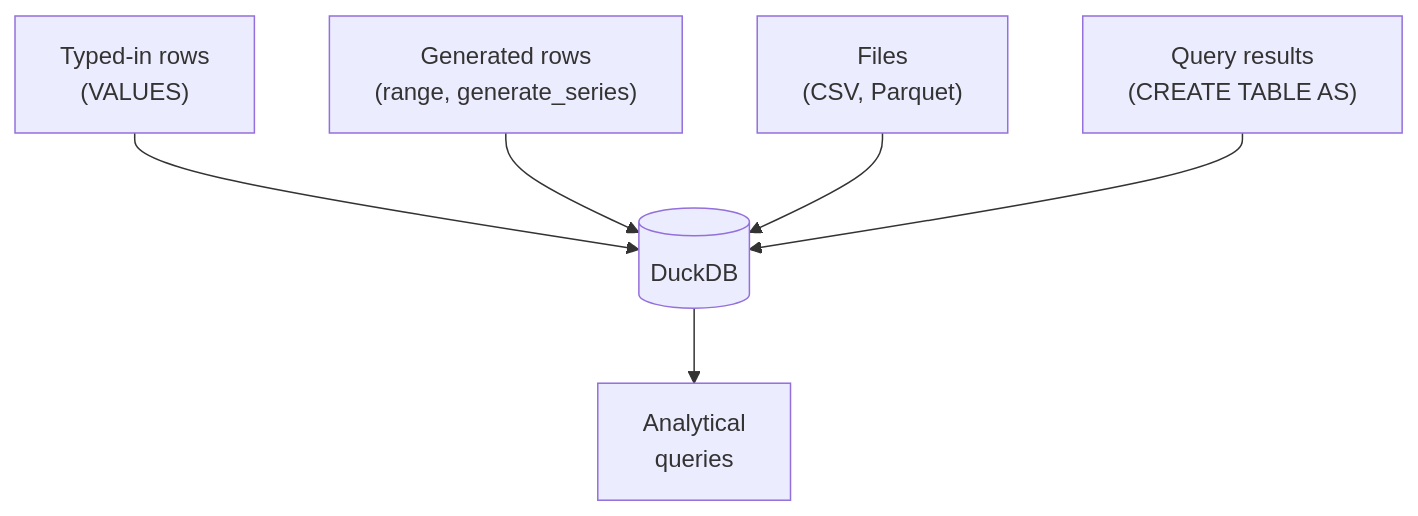
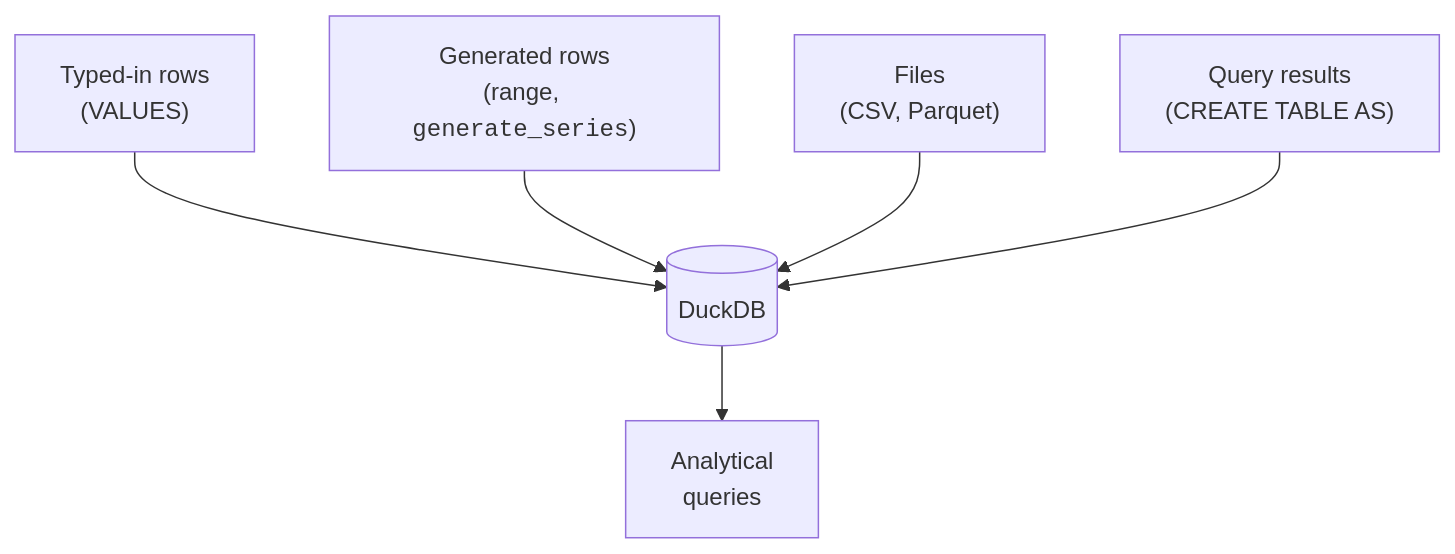
Before and after one commit to dataslope/dataslope: the first of 2 diagrams in content/learn/sql-analytics-duckdb/loading-and-generating-data.mdx, drawn with Mermaid. The commit also changed 153 other files, not shown here.

First line of the commit message:
Render code-only mermaid shapes in monospace; convert step sequences to Steps

````diff
--- a/content/learn/sql-analytics-duckdb/loading-and-generating-data.mdx
+++ b/content/learn/sql-analytics-duckdb/loading-and-generating-data.mdx
@@ -14,8 +14,8 @@
 ```mermaid
 flowchart TB
     A["Typed-in rows<br/>(VALUES)"] --> DB[("DuckDB")]
-    B["Generated rows<br/>(range, generate_series)"] --> DB
+    B["Generated rows<br/>(range, <code>generate_series</code>)"] --> DB
     C["Files<br/>(CSV, Parquet)"] --> DB
     D["Query results<br/>(CREATE TABLE AS)"] --> DB
     DB --> Q["Analytical<br/>queries"]
 ```
````
